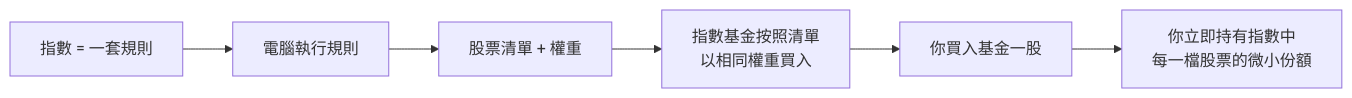
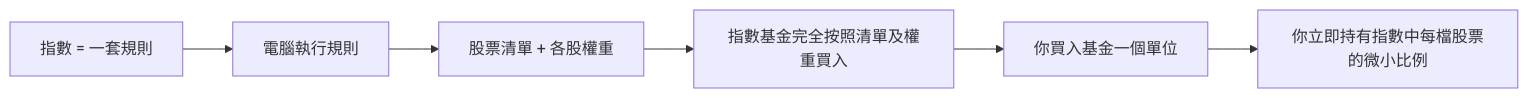
The first of 4 diagrams in course_tw/week02_index_funds_etfs.md (chanmainvest/tutorial), drawn with Mermaid before and after one commit. The commit also changed other lines of this file and 451 other files, not shown here.

````diff
--- a/course_tw/week02_index_funds_etfs.md
+++ b/course_tw/week02_index_funds_etfs.md
@@ -55,8 +55,8 @@
 ```mermaid
 flowchart LR
     A[指數 = 一套規則] --> B[電腦執行規則]
-    B --> C[股票清單 + 權重]
-    C --> D[指數基金按照清單<br/>以相同權重買入]
-    D --> E[你買入基金一股]
-    E --> F[你立即持有指數中<br/>每一檔股票的微小份額]
+    B --> C[股票清單 + 各股權重]
+    C --> D[指數基金完全按照清單及權重買入]
+    D --> E[你買入基金一個單位]
+    E --> F[你立即持有指數中每檔股票的微小比例]
 ```
````
